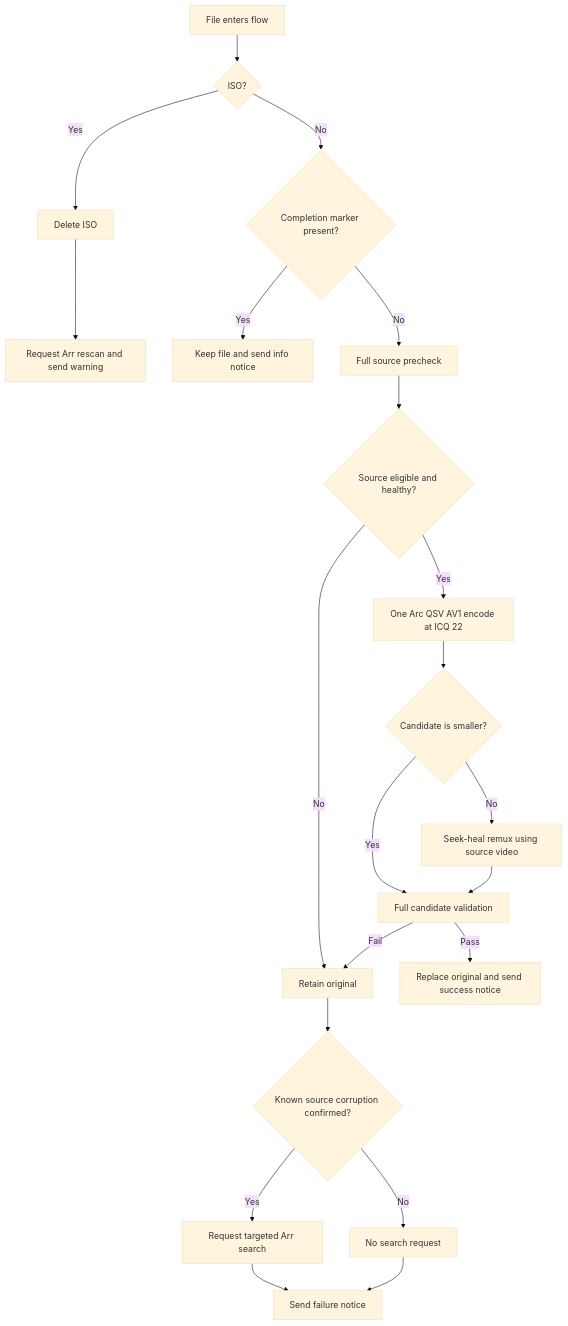
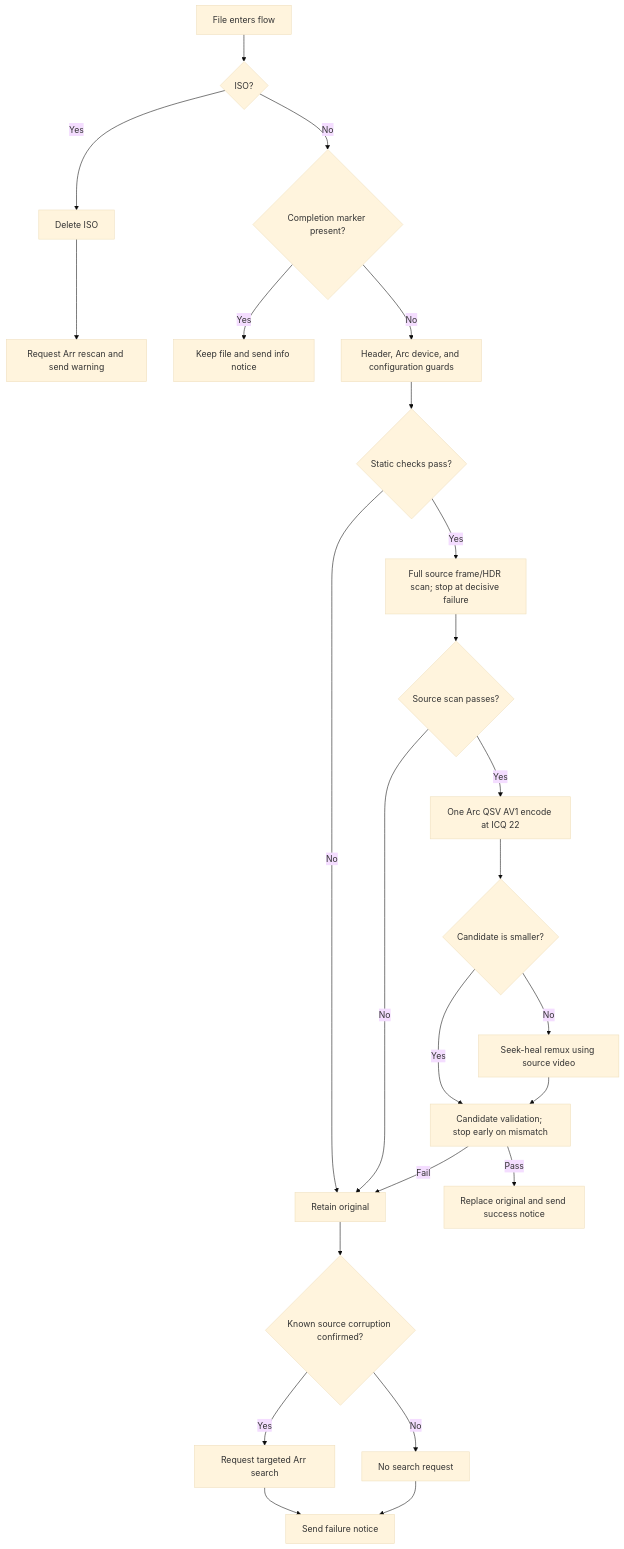
Before and after one commit to mfattoru/Ultimate-Tdarr-AV1-Flow: the diagram in README.md, drawn with Mermaid (base theme). The commit also changed other lines of this file and 9 other files, not shown here.

````diff
--- a/README.md
+++ b/README.md
@@ -7,23 +7,26 @@
 ```mermaid
 flowchart TD
     A[File enters flow] --> B{ISO?}
     B -- Yes --> C[Delete ISO]
     C --> D[Request Arr rescan and send warning]
     B -- No --> E{Completion marker present?}
     E -- Yes --> F[Keep file and send info notice]
-    E -- No --> G[Full source precheck]
-    G --> H{Source eligible and healthy?}
+    E -- No --> G[Header, Arc device, and configuration guards]
+    G --> H{Static checks pass?}
+    H -- Yes --> I[Full source frame/HDR scan; stop at decisive failure]
     H -- No --> K[Retain original]
-    H -- Yes --> I[One Arc QSV AV1 encode at ICQ 22]
-    I --> J{Candidate is smaller?}
-    J -- Yes --> L[Full candidate validation]
-    J -- No --> M[Seek-heal remux using source video]
+    I --> J{Source scan passes?}
+    J -- Yes --> N[One Arc QSV AV1 encode at ICQ 22]
+    J -- No --> K
+    N --> O{Candidate is smaller?}
+    O -- Yes --> L[Candidate validation; stop early on mismatch]
+    O -- No --> M[Seek-heal remux using source video]
     M --> L
-    L -- Pass --> N[Replace original and send success notice]
+    L -- Pass --> P[Replace original and send success notice]
     L -- Fail --> K
-    K --> O{Known source corruption confirmed?}
-    O -- Yes --> P[Request targeted Arr search]
-    O -- No --> Q[No search request]
-    P --> R[Send failure notice]
-    Q --> R
+    K --> Q{Known source corruption confirmed?}
+    Q -- Yes --> R[Request targeted Arr search]
+    Q -- No --> S[No search request]
+    R --> T[Send failure notice]
+    S --> T
 ```
````
